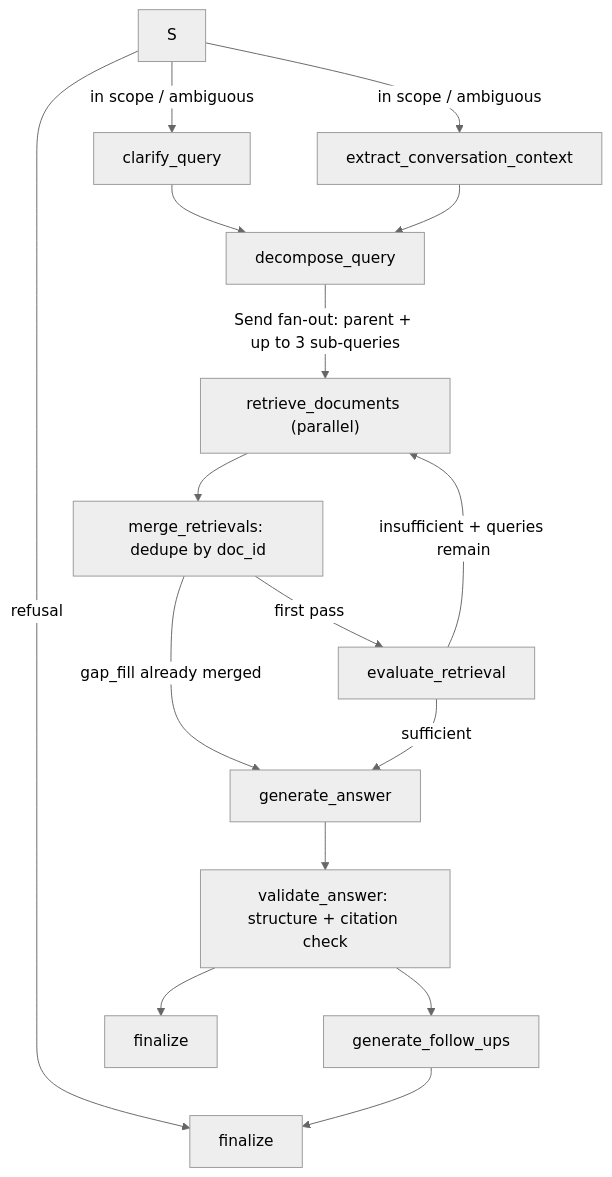
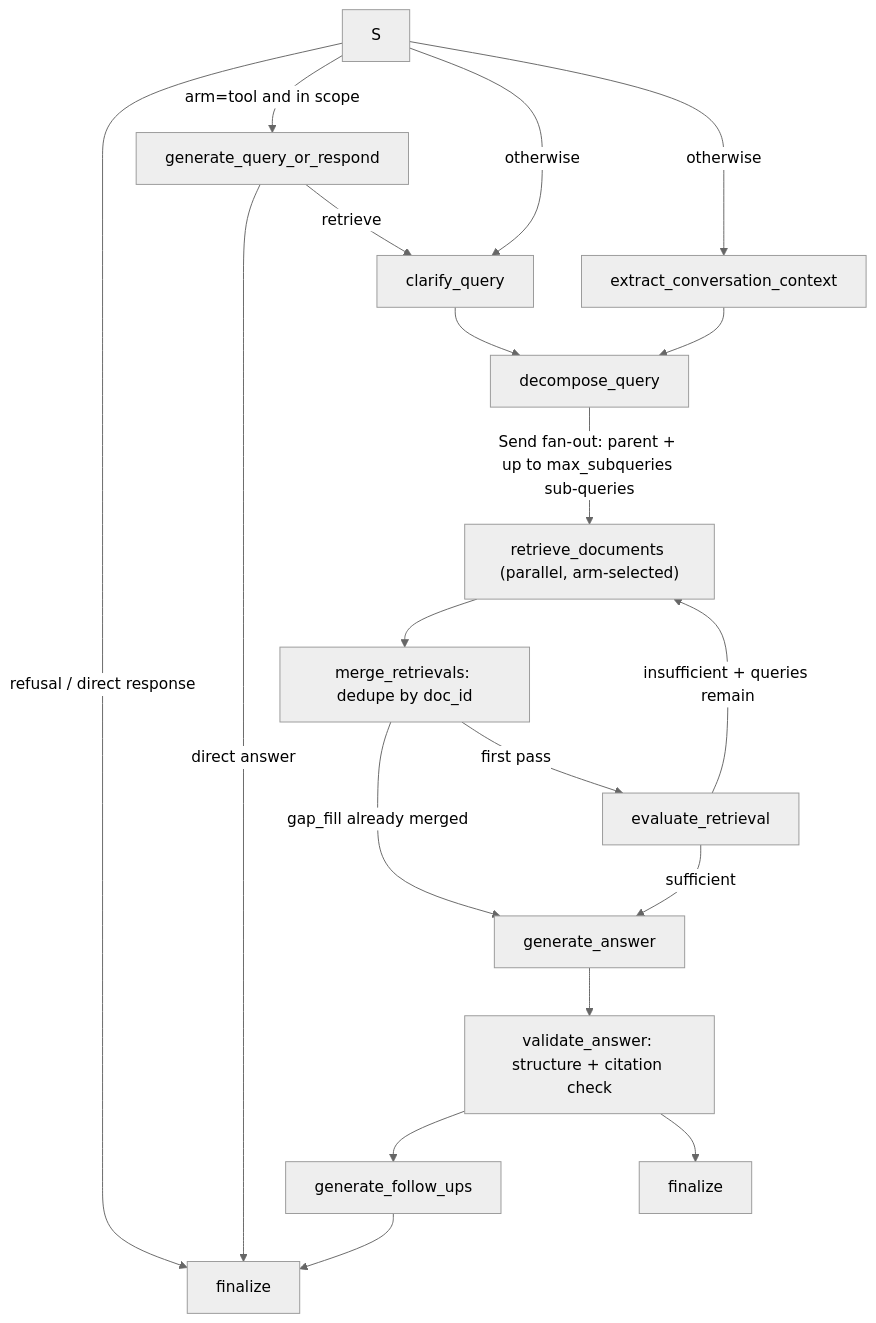
One commit to siddicky/healthcare-rag-langgraph changed the diagram in openwiki/architecture/overview.md. Above: the diagram before and after it, drawn with Mermaid (neutral theme). The commit also changed other lines of this file and 21 other files, not shown here.

````diff
--- a/openwiki/architecture/overview.md
+++ b/openwiki/architecture/overview.md
@@ -24,18 +24,21 @@
 ```mermaid
 flowchart TD
-  S -->|"refusal"| F["finalize"]
-  S -->|"in scope / ambiguous"| C["clarify_query"]
-  S -->|"in scope / ambiguous"| X["extract_conversation_context"]
+  S -->|"refusal / direct response"| F["finalize"]
+  S -->|"arm=tool and in scope"| Q["generate_query_or_respond"]
+  S -->|"otherwise"| C["clarify_query"]
+  S -->|"otherwise"| X["extract_conversation_context"]
+  Q -->|"direct answer"| F
+  Q -->|"retrieve"| C
   C --> D["decompose_query"]
   X --> D
-  D -->|"Send fan-out: parent + up to 3 sub-queries"| R["retrieve_documents (parallel)"]
+  D -->|"Send fan-out: parent + up to max_subqueries sub-queries"| R["retrieve_documents (parallel, arm-selected)"]
   R --> M["merge_retrievals: dedupe by doc_id"]
   M -->|"gap_fill already merged"| G["generate_answer"]
   M -->|"first pass"| E["evaluate_retrieval"]
   E -->|"insufficient + queries remain"| R
   E -->|"sufficient"| G
   G --> V["validate_answer: structure + citation check"]
   V --> FU["generate_follow_ups"]
   V --> FU2["finalize"]
   FU --> F
 ```
````
